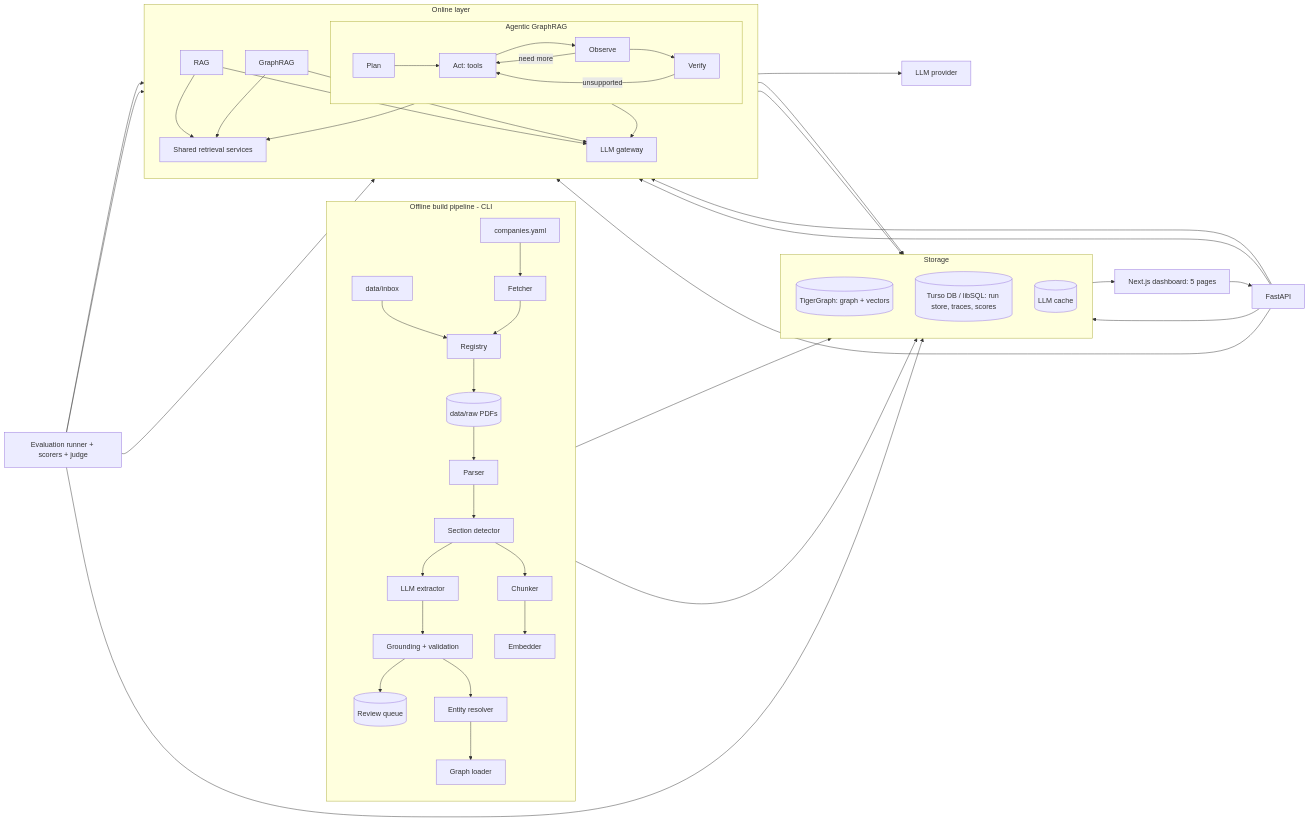
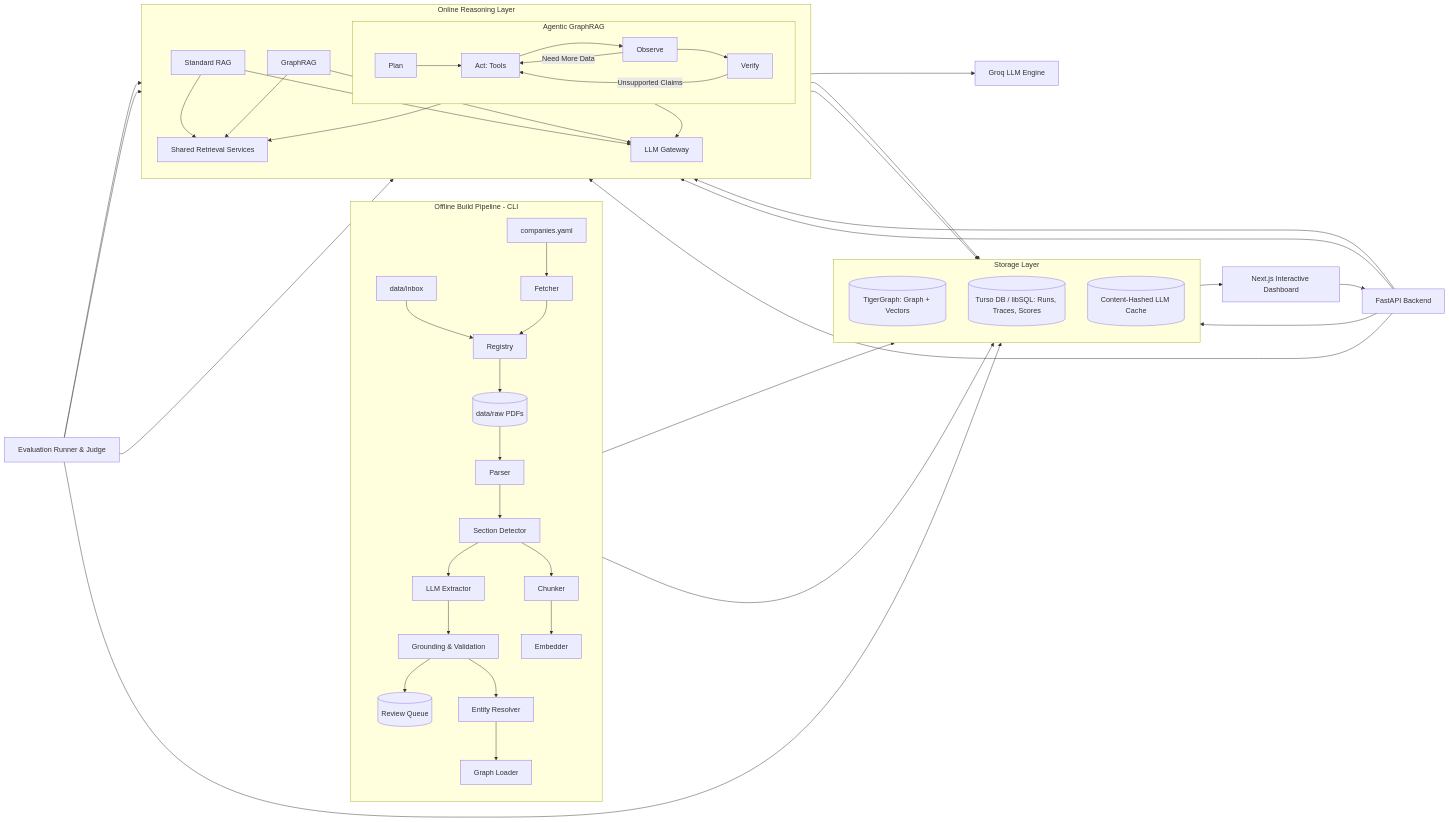
Before and after one commit to Tetra4ge/Interlock-TG: the diagram in README.md, drawn with Mermaid. The commit also changed other lines of this file, not shown here.

````diff
--- a/README.md
+++ b/README.md
@@ -46,63 +73,63 @@
 ```mermaid
 flowchart LR
-    subgraph OFF[Offline build pipeline - CLI]
+    subgraph OFF[Offline Build Pipeline - CLI]
         direction TB
         CFG[companies.yaml] --> F[Fetcher]
         IN[data/inbox] --> REG[Registry]
         F --> REG
         REG --> RAW[(data/raw PDFs)]
         RAW --> P[Parser]
-        P --> S[Section detector]
+        P --> S[Section Detector]
         S --> CH[Chunker]
-        S --> X[LLM extractor]
-        X --> G[Grounding + validation]
-        G --> RQ[(Review queue)]
-        G --> RES[Entity resolver]
-        RES --> L[Graph loader]
+        S --> X[LLM Extractor]
+        X --> G[Grounding & Validation]
+        G --> RQ[(Review Queue)]
+        G --> RES[Entity Resolver]
+        RES --> L[Graph Loader]
         CH --> E[Embedder]
     end
 
-    subgraph STORE[Storage]
+    subgraph STORE[Storage Layer]
         direction TB
-        TG[(TigerGraph: graph + vectors)]
-        SQL[(Turso DB / libSQL: run store, traces, scores)]
-        CACHE[(LLM cache)]
+        TG[(TigerGraph: Graph + Vectors)]
+        SQL[(Turso DB / libSQL: Runs, Traces, Scores)]
+        CACHE[(Content-Hashed LLM Cache)]
     end
 
-    subgraph ON[Online layer]
+    subgraph ON[Online Reasoning Layer]
         direction TB
-        RET[Shared retrieval services]
-        RAG[RAG]
+        RET[Shared Retrieval Services]
+        RAG[Standard RAG]
         GR[GraphRAG]
         subgraph AGENT[Agentic GraphRAG]
             direction LR
-            PL[Plan] --> AC[Act: tools] --> OB[Observe] --> VF[Verify]
-            OB -->|need more| AC
-            VF -->|unsupported| AC
+            PL[Plan] --> AC[Act: Tools] --> OB[Observe] --> VF[Verify]
+            OB -->|Need More Data| AC
+            VF -->|Unsupported Claims| AC
         end
         RAG --> RET
         GR --> RET
         AGENT --> RET
-        GW[LLM gateway]
+        GW[LLM Gateway]
         RAG --> GW
         GR --> GW
         AGENT --> GW
     end
 
     L --> TG
     E --> TG
     RET --> TG
     GW --> CACHE
-    GW --> LLM[LLM provider]
+    GW --> LLM[Groq LLM Engine]
 
-    EVAL[Evaluation runner + scorers + judge] --> RAG
+    EVAL[Evaluation Runner & Judge] --> RAG
     EVAL --> GR
     EVAL --> AGENT
     EVAL --> SQL
-    API[FastAPI] --> RAG
+    API[FastAPI Backend] --> RAG
     API --> GR
     API --> AGENT
     API --> SQL
-    DASH[Next.js dashboard: 5 pages] --> API
+    DASH[Next.js Interactive Dashboard] --> API
     SQL --> DASH
 ```
````
